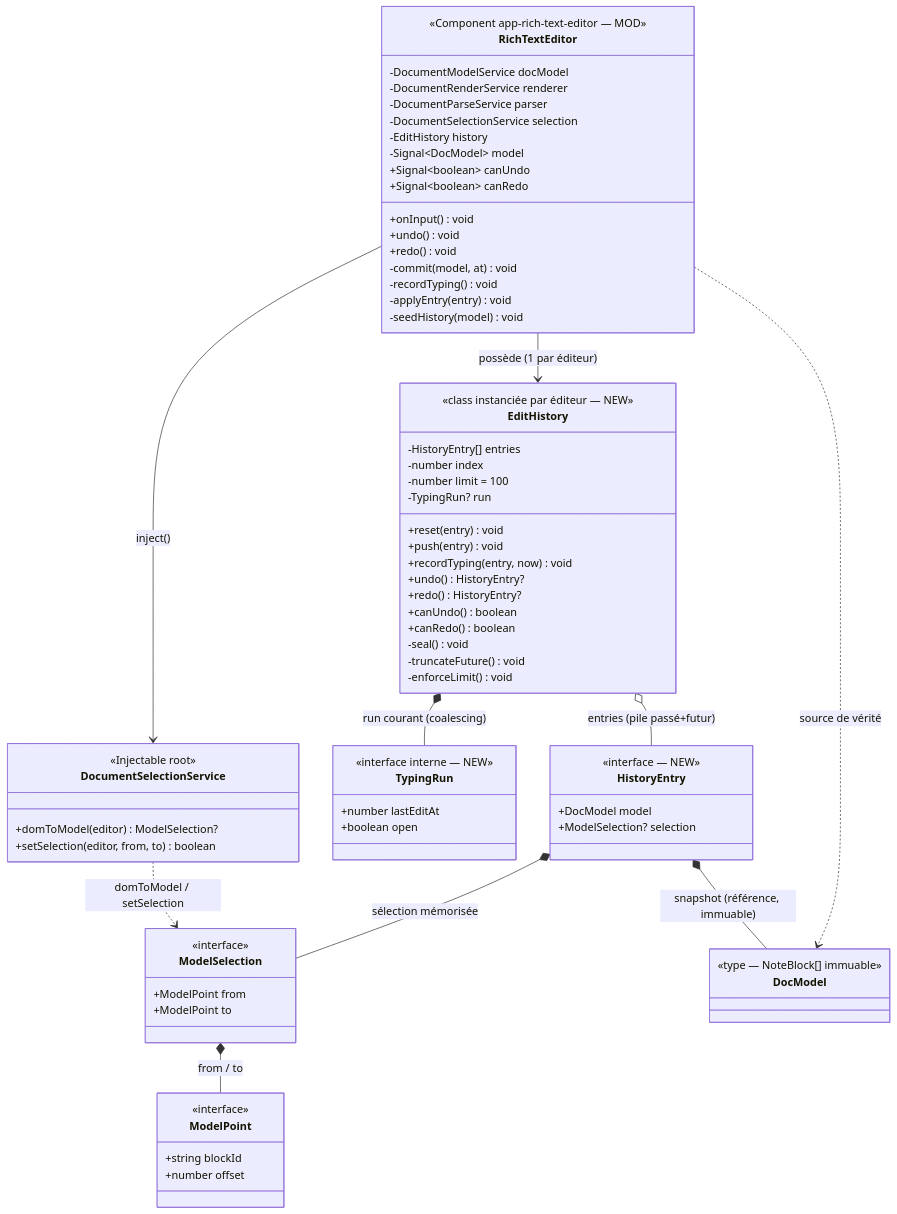
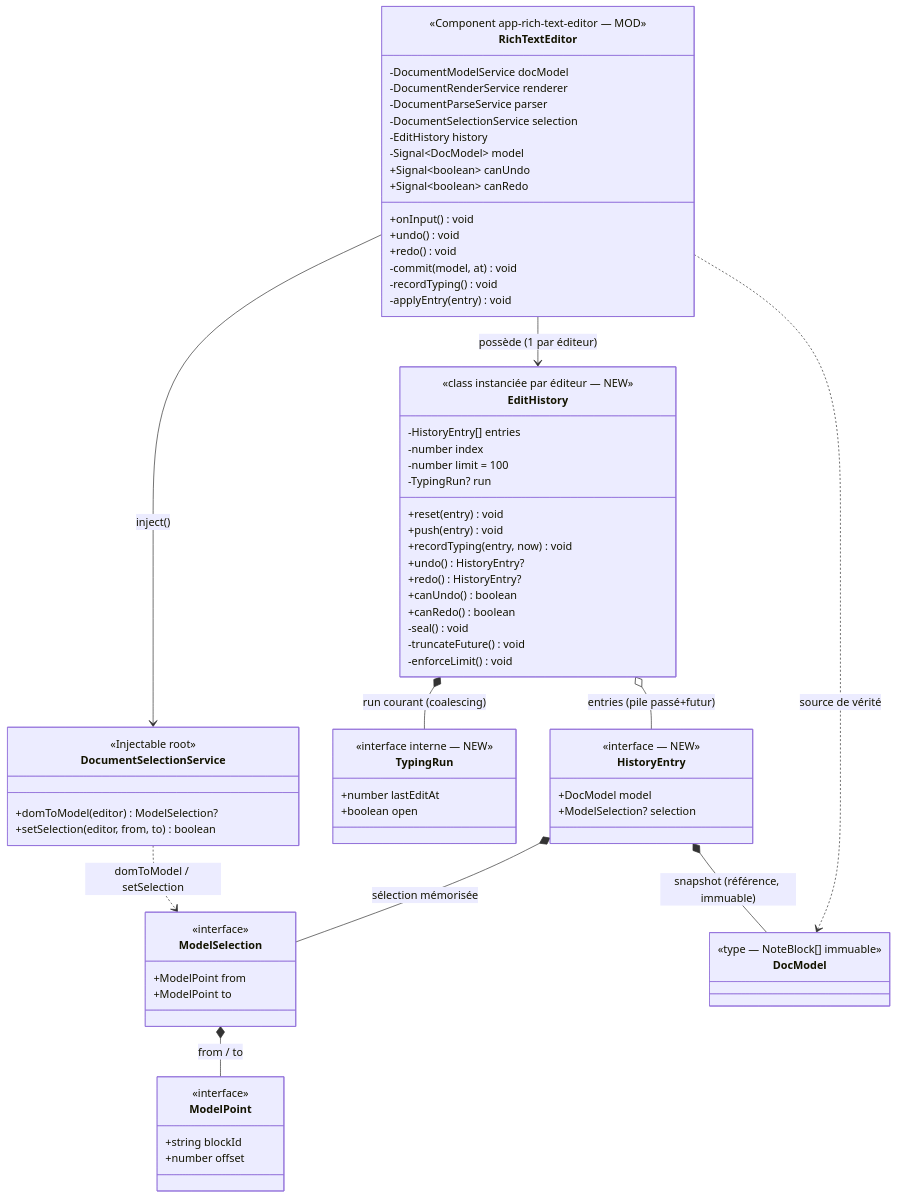
The diagram in .agent/UNDO_REDO/APPROCHE_UNDO_REDO.md (borismerminod/family-notes), drawn with Mermaid before and after one commit. The commit also changed other lines of this file and 10 other files, not shown here.

```diff
--- a/.agent/UNDO_REDO/APPROCHE_UNDO_REDO.md
+++ b/.agent/UNDO_REDO/APPROCHE_UNDO_REDO.md
@@ -77,8 +77,10 @@
         -commit(model, at) void
         -recordTyping() void
         -applyEntry(entry) void
-        -seedHistory(model) void
     }
+    %% Amorçage : PAS de méthode seedHistory() dédiée. Le pas initial est semé EAGER par l'effect
+    %% du constructeur (garde d'echo C4 + history.reset au vrai (re)chargement, Lot C) ; le latch
+    %% historySeeded a été retiré (R3) car devenu code mort depuis ce seed eager.
 
     %% ---------- Historique (à créer) ----------
     class EditHistory {
```
